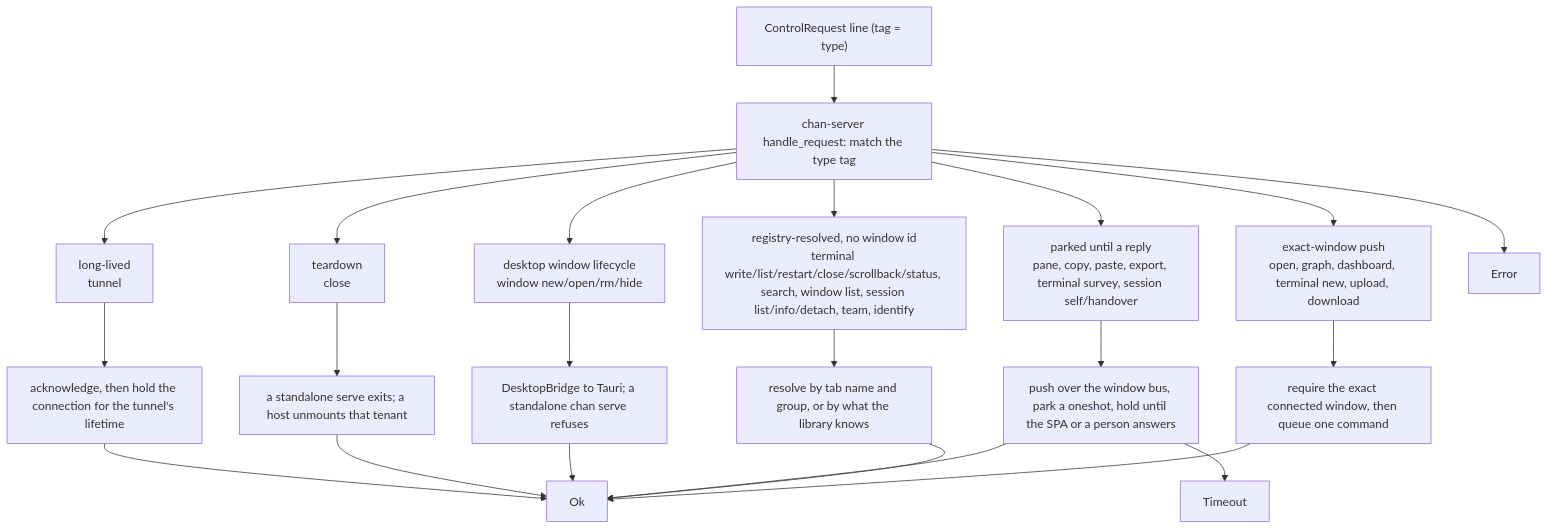
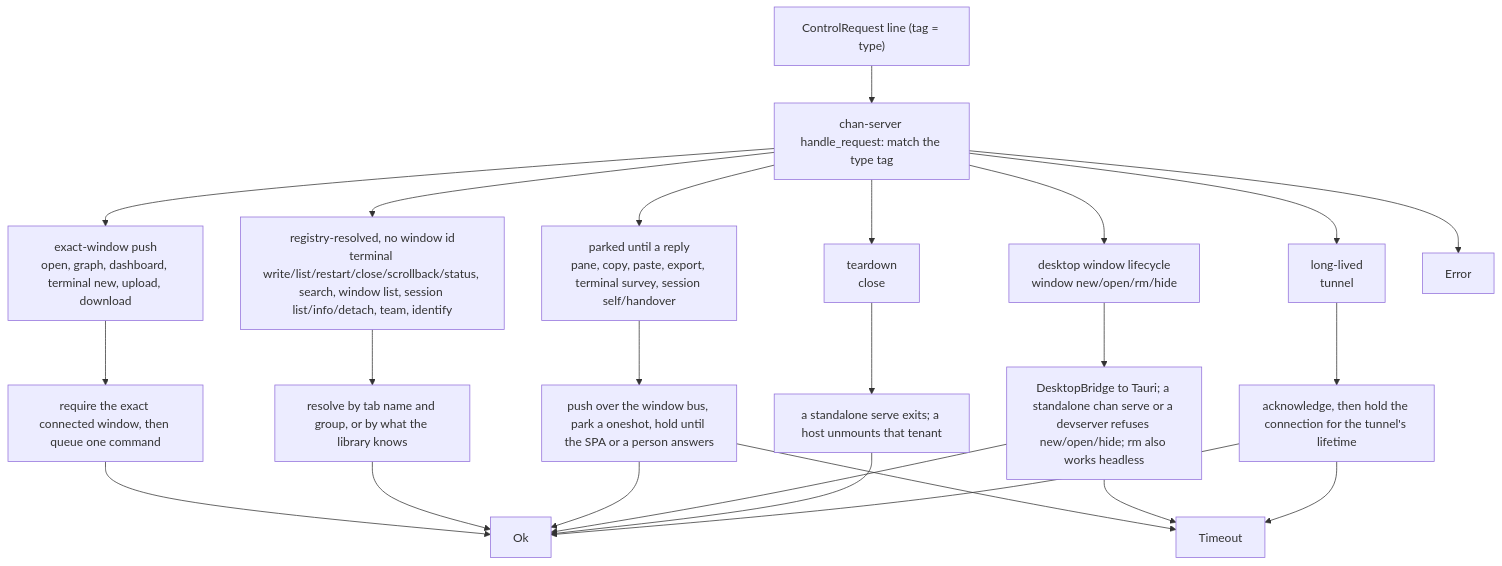
The third of 3 diagrams in crates/chan-shell/design.md (fiorix/chan), drawn with Mermaid before and after one commit. The commit also changed 18 other files, not shown here.

````diff
--- a/crates/chan-shell/design.md
+++ b/crates/chan-shell/design.md
@@ -82,24 +82,26 @@
 ```mermaid
 flowchart TD
   REQ["ControlRequest line (tag = type)"] --> MATCH["chan-server handle_request: match the type tag"]
   MATCH --> F1["exact-window push<br/>open, graph, dashboard, terminal new, upload, download"]
   MATCH --> F2["registry-resolved, no window id<br/>terminal write/list/restart/close/scrollback/status, search, window list, session list/info/detach, team, identify"]
   MATCH --> F3["parked until a reply<br/>pane, copy, paste, export, terminal survey, session self/handover"]
   MATCH --> F4["desktop window lifecycle<br/>window new/open/rm/hide"]
   MATCH --> F5["teardown<br/>close"]
   MATCH --> F6["long-lived<br/>tunnel"]
   F1 --> T1["require the exact connected window, then queue one command"]
   F2 --> T2["resolve by tab name and group, or by what the library knows"]
   F3 --> T3["push over the window bus, park a oneshot, hold until the SPA or a person answers"]
-  F4 --> T4["DesktopBridge to Tauri; a standalone chan serve refuses"]
+  F4 --> T4["DesktopBridge to Tauri; a standalone chan serve or a devserver refuses new/open/hide; rm also works headless"]
   F5 --> T5["a standalone serve exits; a host unmounts that tenant"]
   F6 --> T6["acknowledge, then hold the connection for the tunnel's lifetime"]
   T1 --> OK["Ok"]
   T2 --> OK
   T3 --> OK
   T3 --> TO["Timeout"]
   T4 --> OK
+  T4 --> TO
   T5 --> OK
   T6 --> OK
+  T6 --> TO
   MATCH --> ERR["Error"]
 ```
````
